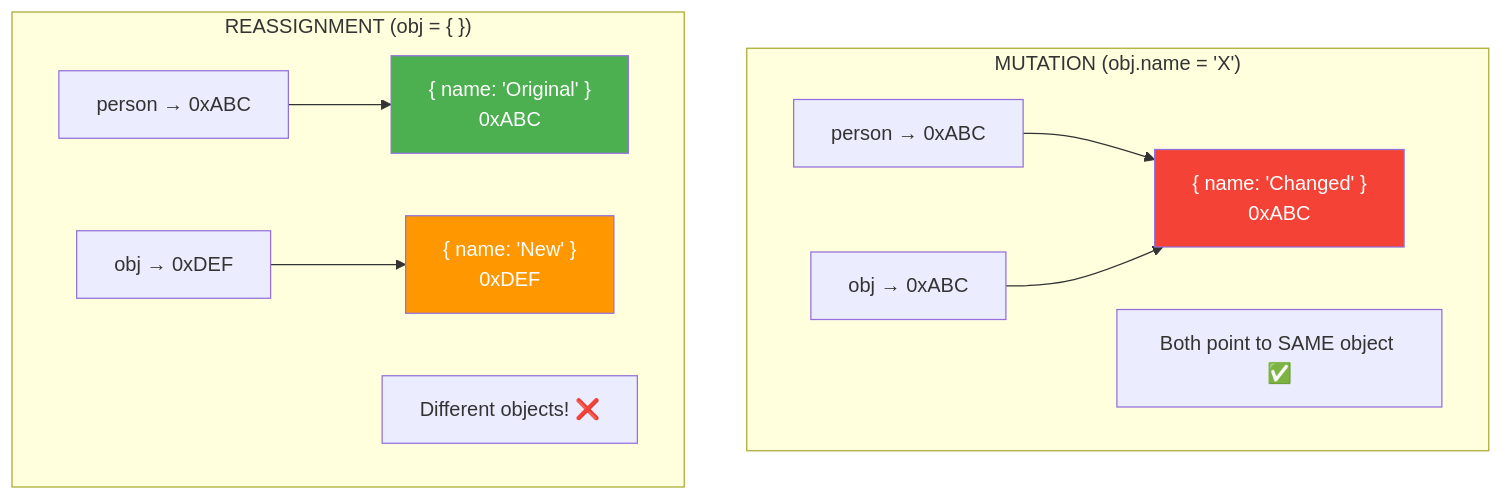
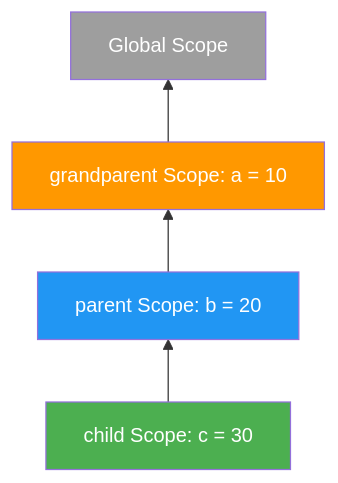
One commit to Kshitijgul/Notes changed diagram 18 of 30 in Javascript/Chapter5_Functions.md. Above: the diagram before and after it, drawn with Mermaid. The commit also changed other lines of this file and 1 other file, not shown here.

````diff
--- a/Javascript/Chapter5_Functions.md
+++ b/Javascript/Chapter5_Functions.md
@@ -2813,18 +1676,11 @@
 ```mermaid
-flowchart TD
-    subgraph Mutation["MUTATION (obj.name = 'X')"]
-        M1["person → 0xABC"] --> M2["{ name: 'Changed' }<br>0xABC"]
-        M3["obj → 0xABC"] --> M2
-        M4["Both point to SAME object ✅"]
-    end
-    
-    subgraph Reassignment["REASSIGNMENT (obj = { })"]
-        R1["person → 0xABC"] --> R2["{ name: 'Original' }<br>0xABC"]
-        R3["obj → 0xDEF"] --> R4["{ name: 'New' }<br>0xDEF"]
-        R5["Different objects! ❌"]
-    end
-    
-    style M2 fill:#f44336,color:white
-    style R2 fill:#4CAF50,color:white
-    style R4 fill:#FF9800,color:white
+flowchart BT
+    A["child Scope: c = 30"] --> B["parent Scope: b = 20"]
+    B --> C["grandparent Scope: a = 10"]
+    C --> D["Global Scope"]
+
+    style A fill:#4CAF50,color:white
+    style B fill:#2196F3,color:white
+    style C fill:#FF9800,color:white
+    style D fill:#9E9E9E,color:white
 ```
````
